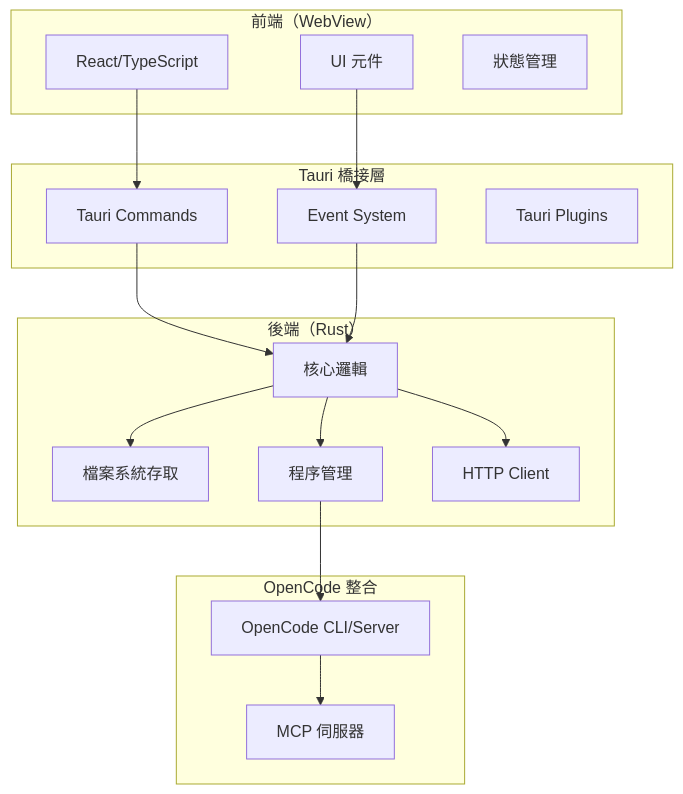
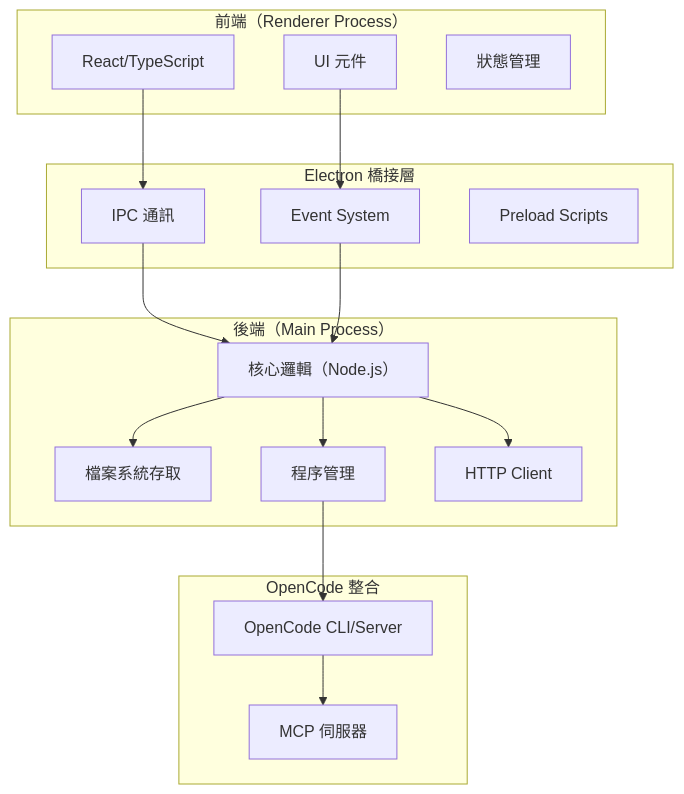
Before and after one commit to chihhung/Blog: diagram 39 of 50 in content/posts/教學/AI開發/opencode生態系教學手冊.md, drawn with Mermaid. The commit also changed other lines of this file and 7 other files, not shown here.

````diff
--- a/content/posts/教學/AI開發/opencode生態系教學手冊.md
+++ b/content/posts/教學/AI開發/opencode生態系教學手冊.md
@@ -6505,36 +6516,36 @@
 ```mermaid
 graph TB
-    subgraph "前端（WebView）"
+    subgraph "前端（Renderer Process）"
         React["React/TypeScript"]
         UI["UI 元件"]
         State["狀態管理"]
     end
 
-    subgraph "Tauri 橋接層"
-        Commands["Tauri Commands"]
+    subgraph "Electron 橋接層"
+        IPC["IPC 通訊"]
         Events["Event System"]
-        Plugins["Tauri Plugins"]
+        Preload["Preload Scripts"]
     end
 
-    subgraph "後端（Rust）"
-        Core["核心邏輯"]
+    subgraph "後端（Main Process）"
+        Core["核心邏輯（Node.js）"]
         FS["檔案系統存取"]
         Process["程序管理"]
         HTTP["HTTP Client"]
     end
 
     subgraph "OpenCode 整合"
         OC["OpenCode CLI/Server"]
         MCP["MCP 伺服器"]
     end
 
-    React --> Commands
+    React --> IPC
     UI --> Events
-    Commands --> Core
+    IPC --> Core
     Events --> Core
     Core --> FS
     Core --> Process
     Core --> HTTP
     Process --> OC
     OC --> MCP
 ```
````
